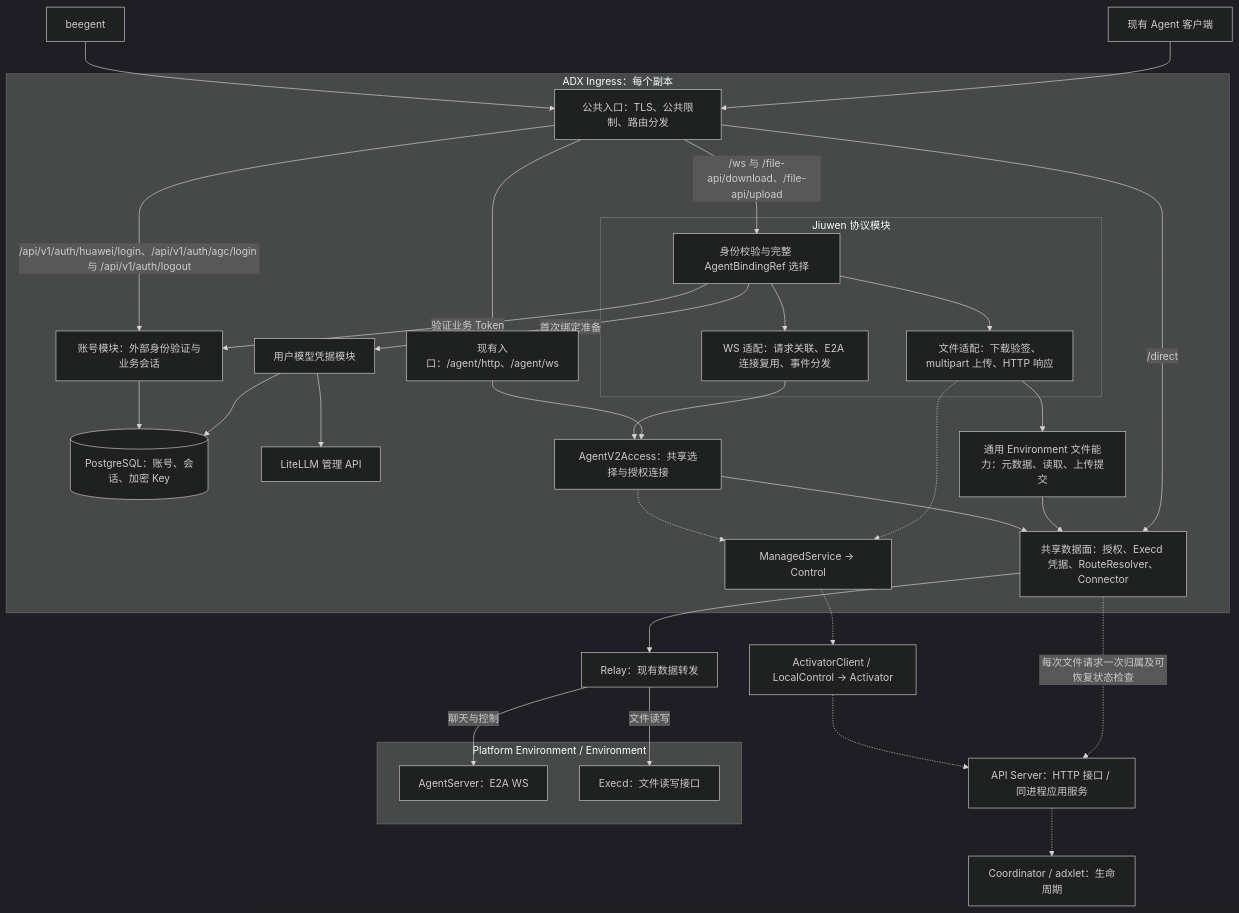
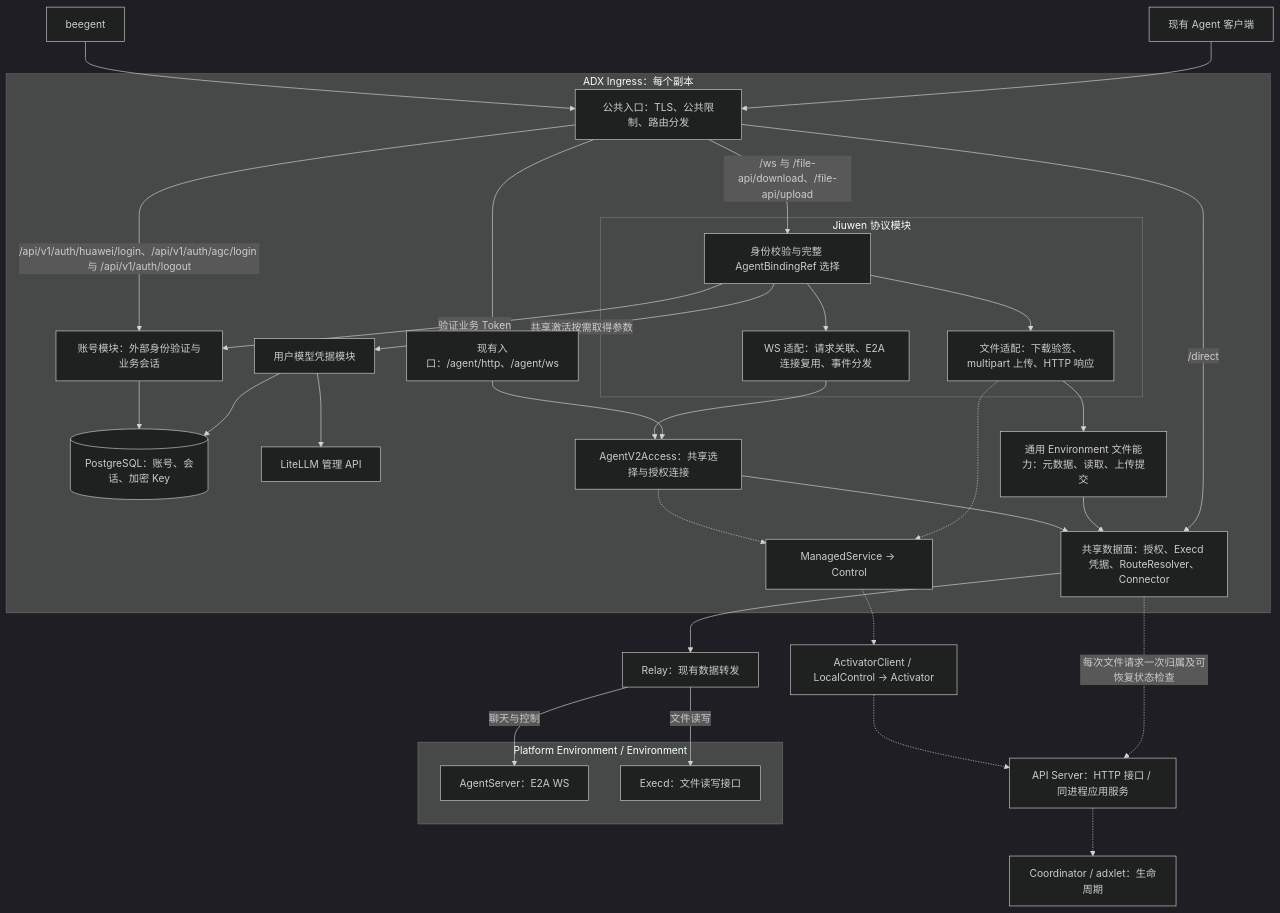
One commit to WenYuLuo/agent-dx changed the first of 3 diagrams in docs/development/jiuwenswarm-adx-gateway-design.md. Above: the diagram before and after it, drawn with Mermaid (dark theme). The commit also changed other lines of this file and 32 other files, not shown here.

````diff
--- a/docs/development/jiuwenswarm-adx-gateway-design.md
+++ b/docs/development/jiuwenswarm-adx-gateway-design.md
@@ -19,42 +19,42 @@
 ```mermaid
 flowchart TB
     B[beegent] --> I
     X[现有 Agent 客户端] --> I
     subgraph INGRESS[ADX Ingress：每个副本]
         I[公共入口：TLS、公共限制、路由分发]
         subgraph J[Jiuwen 协议模块]
             U[身份校验与完整 AgentBindingRef 选择]
             W[WS 适配：请求关联、E2A 连接复用、事件分发]
             D[文件适配：下载验签、multipart 上传、HTTP 响应]
             U --> W
             U --> D
         end
         I -->|/api/v1/auth/huawei/login、/api/v1/auth/agc/login 与 /api/v1/auth/logout| AU[账号模块：外部身份验证与业务会话]
         AU --> DB[(PostgreSQL：账号、会话、加密 Key)]
         U -->|验证业务 Token| AU
-        U -->|首次绑定准备| MK[用户模型凭据模块]
+        U -->|共享激活按需取得参数| MK[用户模型凭据模块]
         MK --> DB
         MK --> LL[LiteLLM 管理 API]
         I -->|/ws 与 /file-api/download、/file-api/upload| U
         I --> A[现有入口：/agent/http、/agent/ws]
         W --> V[AgentV2Access：共享选择与授权连接]
         A --> V
         V -.-> M[ManagedService → Control]
         D -.-> M
         V --> R[共享数据面：授权、Execd 凭据、RouteResolver、Connector]
         D --> F[通用 Environment 文件能力：元数据、读取、上传提交]
         F --> R
         I -->|/direct| R
     end
     M -.-> C[ActivatorClient / LocalControl → Activator]
     C -.-> AP[API Server：HTTP 接口 / 同进程应用服务]
     AP -.-> CP[Coordinator / adxlet：生命周期]
     R -.->|每次文件请求一次归属及可恢复状态检查| AP
     R --> L[Relay：现有数据转发]
     subgraph S[Platform Environment / Environment]
         AS[AgentServer：E2A WS]
         E[Execd：文件读写接口]
     end
     L -->|聊天与控制| AS
     L -->|文件读写| E
 ```
````
